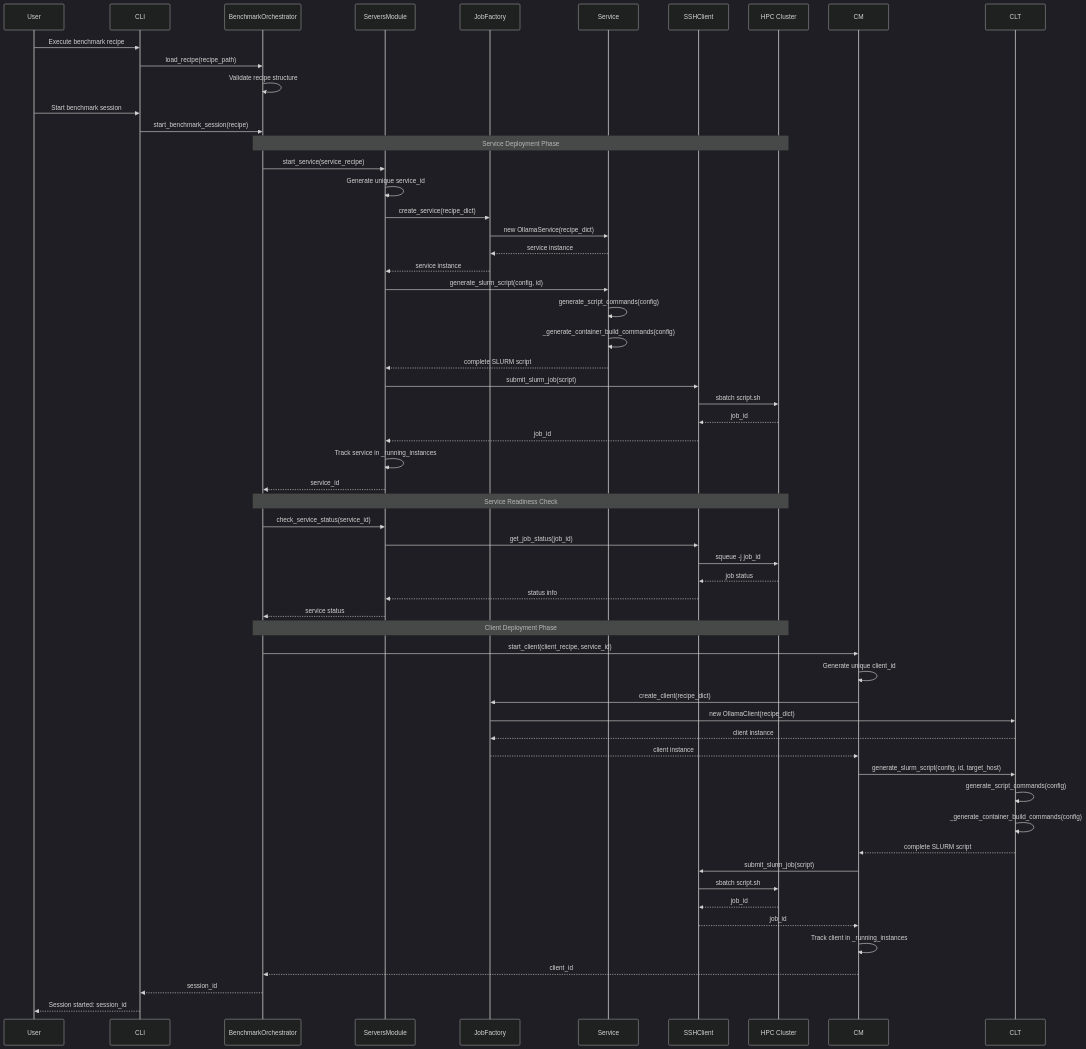
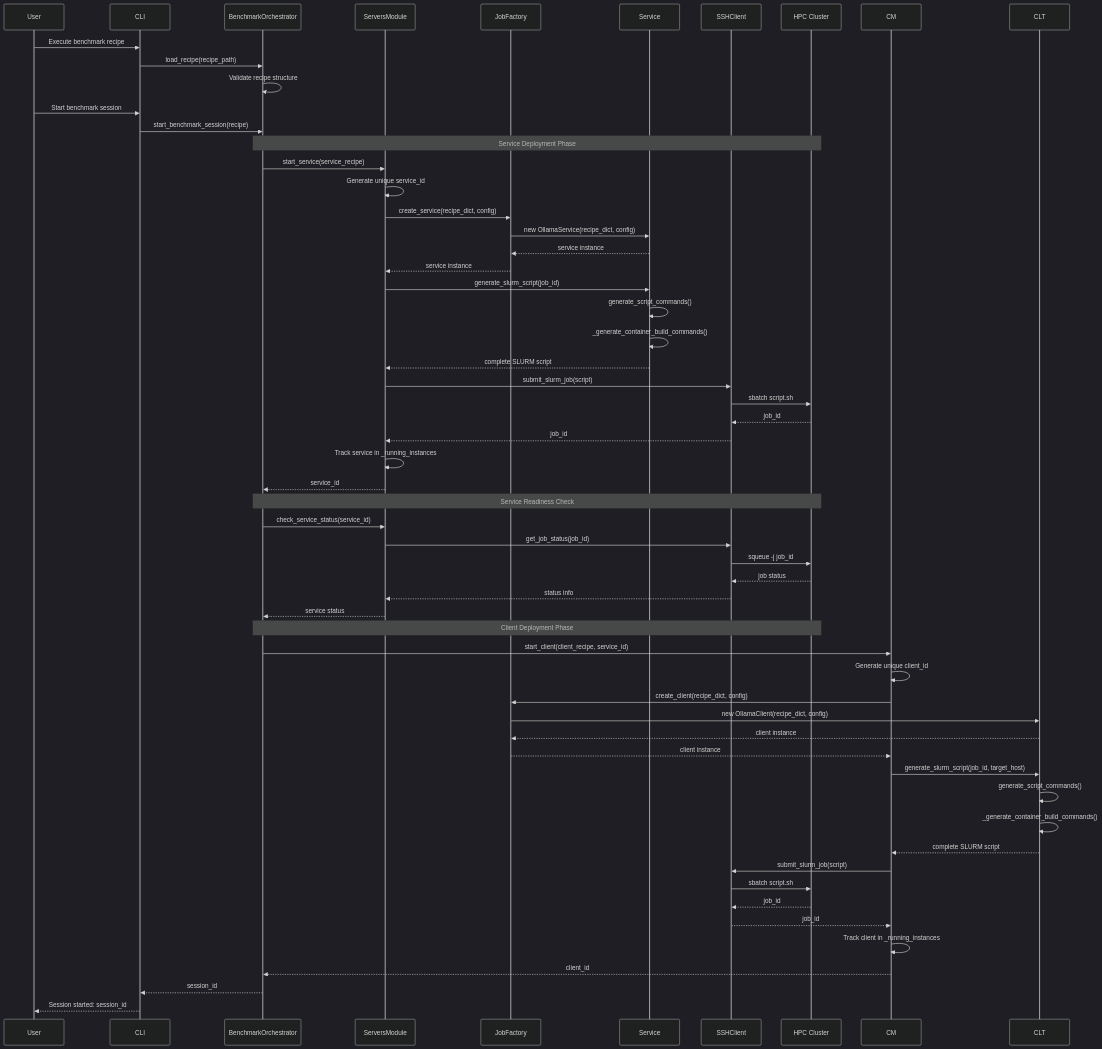
Before and after one commit to ChrisKarg/team10_EUMASTER4HPC2526_challenge: the fifth of 8 diagrams in docs/ARCHITECTURE_DOCUMENTATION.md, drawn with Mermaid (dark theme). The commit also changed other lines of this file and 7 other files, not shown here.

Commit message:
Finalized change of architecture design for script generation

````diff
--- a/docs/ARCHITECTURE_DOCUMENTATION.md
+++ b/docs/ARCHITECTURE_DOCUMENTATION.md
@@ -305,65 +318,65 @@
 ```mermaid
 sequenceDiagram
     participant User
     participant CLI
     participant BO as BenchmarkOrchestrator
     participant SM as ServersModule
     participant JF as JobFactory
     participant SRV as Service
     participant SSH as SSHClient
     participant HPC as HPC Cluster
     
     User->>CLI: Execute benchmark recipe
     CLI->>BO: load_recipe(recipe_path)
     BO->>BO: Validate recipe structure
     
     User->>CLI: Start benchmark session
     CLI->>BO: start_benchmark_session(recipe)
     
     Note over BO,HPC: Service Deployment Phase
     BO->>SM: start_service(service_recipe)
     SM->>SM: Generate unique service_id
-    SM->>JF: create_service(recipe_dict)
-    JF->>SRV: new OllamaService(recipe_dict)
+    SM->>JF: create_service(recipe_dict, config)
+    JF->>SRV: new OllamaService(recipe_dict, config)
     SRV-->>JF: service instance
     JF-->>SM: service instance
-    SM->>SRV: generate_slurm_script(config, id)
-    SRV->>SRV: generate_script_commands(config)
-    SRV->>SRV: _generate_container_build_commands(config)
+    SM->>SRV: generate_slurm_script(job_id)
+    SRV->>SRV: generate_script_commands()
+    SRV->>SRV: _generate_container_build_commands()
     SRV-->>SM: complete SLURM script
     SM->>SSH: submit_slurm_job(script)
     SSH->>HPC: sbatch script.sh
     HPC-->>SSH: job_id
     SSH-->>SM: job_id
     SM->>SM: Track service in _running_instances
     SM-->>BO: service_id
     
     Note over BO,HPC: Service Readiness Check
     BO->>SM: check_service_status(service_id)
     SM->>SSH: get_job_status(job_id)
     SSH->>HPC: squeue -j job_id
     HPC-->>SSH: job status
     SSH-->>SM: status info
     SM-->>BO: service status
     
     Note over BO,HPC: Client Deployment Phase
     BO->>CM: start_client(client_recipe, service_id)
     CM->>CM: Generate unique client_id
-    CM->>JF: create_client(recipe_dict)
-    JF->>CLT: new OllamaClient(recipe_dict)
+    CM->>JF: create_client(recipe_dict, config)
+    JF->>CLT: new OllamaClient(recipe_dict, config)
     CLT-->>JF: client instance
     JF-->>CM: client instance
-    CM->>CLT: generate_slurm_script(config, id, target_host)
-    CLT->>CLT: generate_script_commands(config)
-    CLT->>CLT: _generate_container_build_commands(config)
+    CM->>CLT: generate_slurm_script(job_id, target_host)
+    CLT->>CLT: generate_script_commands()
+    CLT->>CLT: _generate_container_build_commands()
     CLT-->>CM: complete SLURM script
     CM->>SSH: submit_slurm_job(script)
     SSH->>HPC: sbatch script.sh
     HPC-->>SSH: job_id
     SSH-->>CM: job_id
     CM->>CM: Track client in _running_instances
     CM-->>BO: client_id
     
     BO-->>CLI: session_id
     CLI-->>User: Session started: session_id
 ```
````
